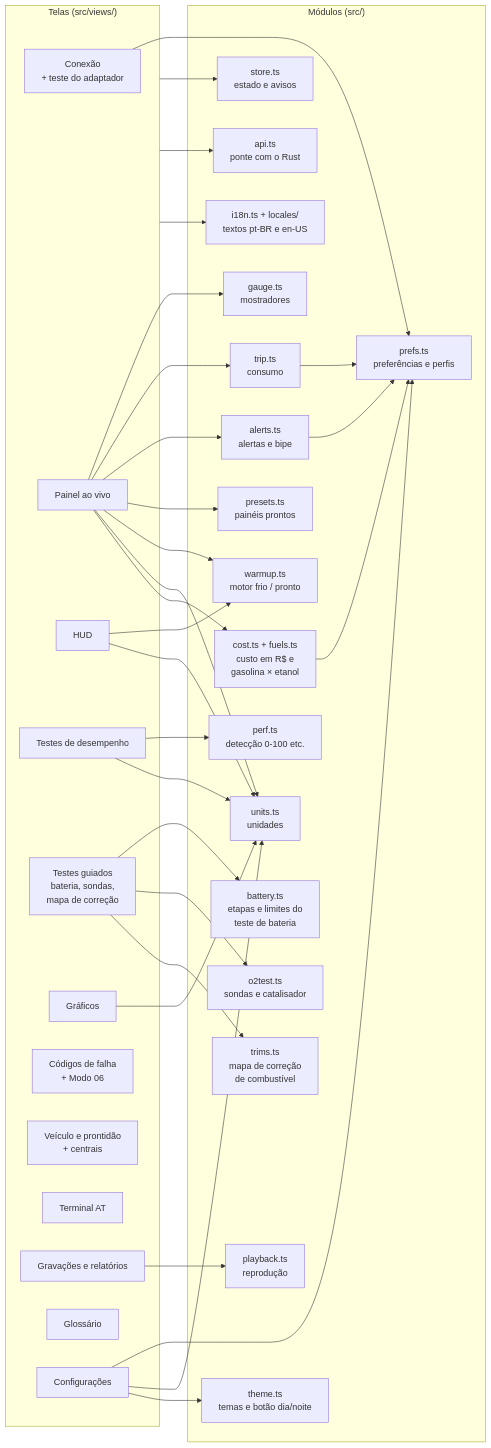
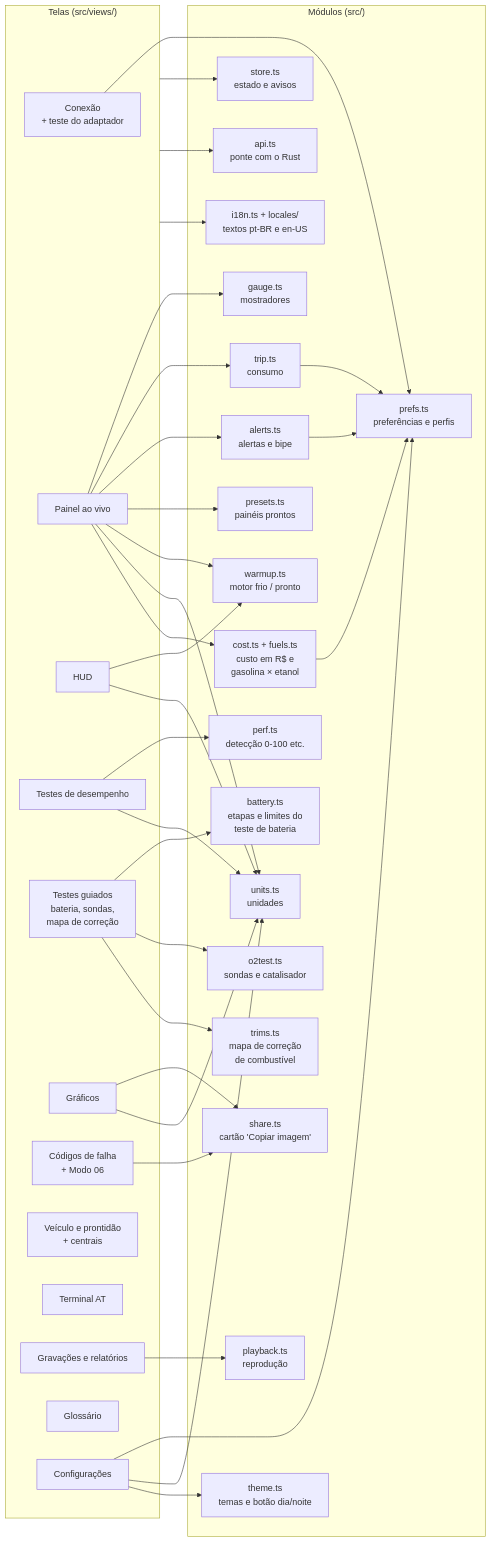
The eighth of 12 diagrams in docs/DIAGRAMAS.md (samuvieceli/obd2-scanner), drawn with Mermaid before and after one commit. The commit also changed other lines of this file and 16 other files, not shown here.

````diff
--- a/docs/DIAGRAMAS.md
+++ b/docs/DIAGRAMAS.md
@@ -200,50 +200,52 @@
 ```mermaid
 flowchart LR
     subgraph telas["Telas (src/views/)"]
         connection["Conexão<br/>+ teste do adaptador"]
         dashboard["Painel ao vivo"]
         hud["HUD"]
         performance["Testes de desempenho"]
         guided["Testes guiados<br/>bateria, sondas,<br/>mapa de correção"]
         charts["Gráficos"]
         diagnostics["Códigos de falha<br/>+ Modo 06"]
         vehicle["Veículo e prontidão<br/>+ centrais"]
         terminal["Terminal AT"]
         sessions["Gravações e relatórios"]
         glossary["Glossário"]
         settings["Configurações"]
     end
     subgraph modulos["Módulos (src/)"]
         store["store.ts<br/>estado e avisos"]
         api["api.ts<br/>ponte com o Rust"]
         trip["trip.ts<br/>consumo"]
         cost["cost.ts + fuels.ts<br/>custo em R$ e<br/>gasolina × etanol"]
         perf["perf.ts<br/>detecção 0-100 etc."]
         battery["battery.ts<br/>etapas e limites do<br/>teste de bateria"]
         o2test["o2test.ts<br/>sondas e catalisador"]
         trims["trims.ts<br/>mapa de correção<br/>de combustível"]
         alerts["alerts.ts<br/>alertas e bipe"]
         playback["playback.ts<br/>reprodução"]
         prefs["prefs.ts<br/>preferências e perfis"]
         units["units.ts<br/>unidades"]
         gauge["gauge.ts<br/>mostradores"]
         theme["theme.ts<br/>temas e botão dia/noite"]
         presets["presets.ts<br/>painéis prontos"]
+        share["share.ts<br/>cartão 'Copiar imagem'"]
         warmup["warmup.ts<br/>motor frio / pronto"]
         i18n["i18n.ts + locales/<br/>textos pt-BR e en-US"]
     end
     dashboard --> gauge & trip & alerts & presets & warmup
     hud --> warmup
+    diagnostics & charts --> share
     performance --> perf
     guided --> battery & o2test & trims
     sessions --> playback
     settings --> prefs & units & theme
     connection --> prefs
     dashboard & hud & charts & performance --> units
     telas --> store
     telas --> api
     telas --> i18n
     trip & alerts --> prefs
     dashboard --> cost
     cost --> prefs
 ```
````
